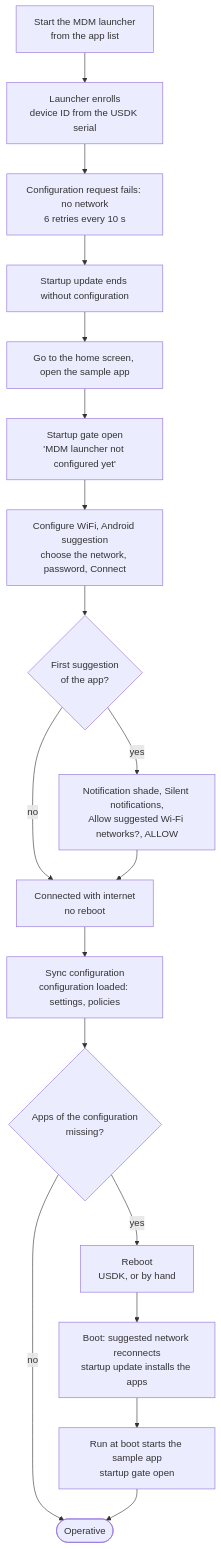
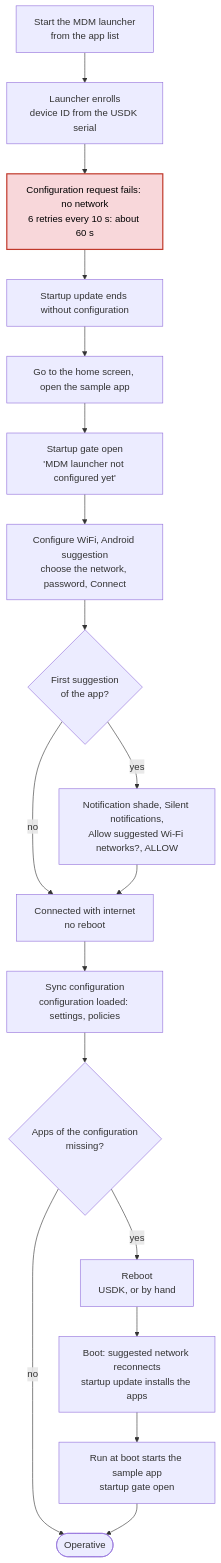
Before and after one commit to rch-fw/HmdmChangeDeviceNumber: the third of 6 diagrams in docs/wifi-setup.md, drawn with Mermaid. The commit also changed other lines of this file, not shown here.

Commit message:
Docs: highlight in red the steps where the launcher's retries add about 60 s

````diff
--- a/docs/wifi-setup.md
+++ b/docs/wifi-setup.md
@@ -185,20 +189,22 @@
 ```mermaid
 flowchart TD
     A[Start the MDM launcher<br/>from the app list] --> B[Launcher enrolls<br/>device ID from the USDK serial]
-    B --> C[Configuration request fails: no network<br/>6 retries every 10 s]
+    B --> C[Configuration request fails: no network<br/>6 retries every 10 s: about 60 s]
     C --> D[Startup update ends without configuration]
     D --> E[Go to the home screen, open the sample app]
     E --> F[Startup gate open<br/>'MDM launcher not configured yet']
     F --> G[Configure WiFi, Android suggestion<br/>choose the network, password, Connect]
     G --> H{First suggestion<br/>of the app?}
     H -- yes --> I[Notification shade, Silent notifications,<br/>Allow suggested Wi-Fi networks?, ALLOW]
     H -- no --> J
     I --> J[Connected with internet<br/>no reboot]
     J --> K[Sync configuration<br/>configuration loaded: settings, policies]
     K --> L{Apps of the configuration<br/>missing?}
     L -- no --> P([Operative])
     L -- yes --> M[Reboot<br/>USDK, or by hand]
     M --> N[Boot: suggested network reconnects<br/>startup update installs the apps]
     N --> O[Run at boot starts the sample app<br/>startup gate open]
     O --> P
+    classDef delay60 fill:#f8d7da,stroke:#c0392b,stroke-width:2px,color:#000
+    class C delay60
 ```
````
